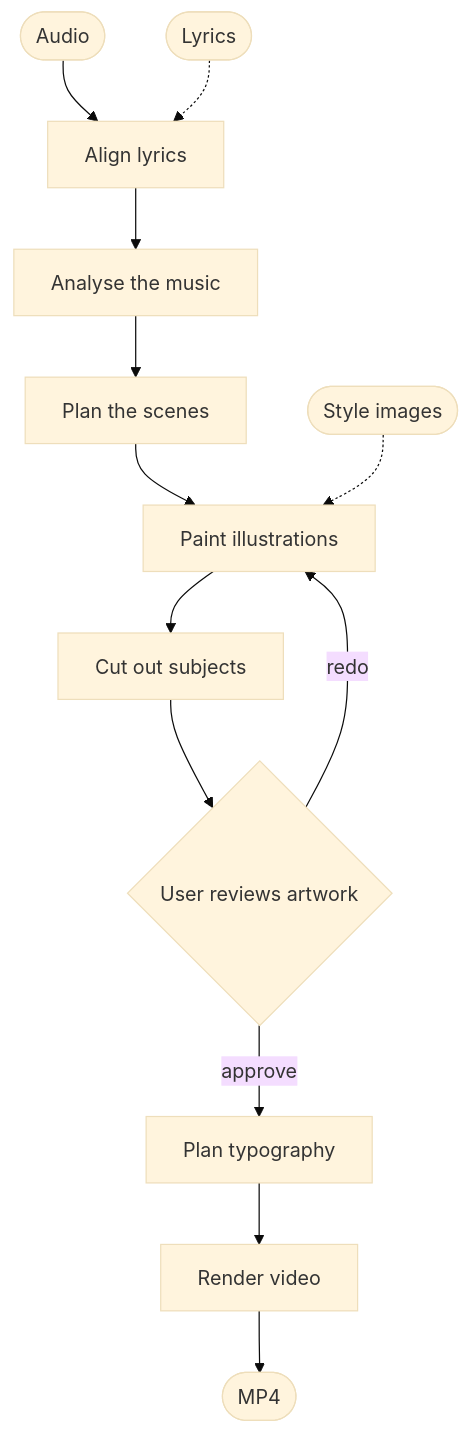
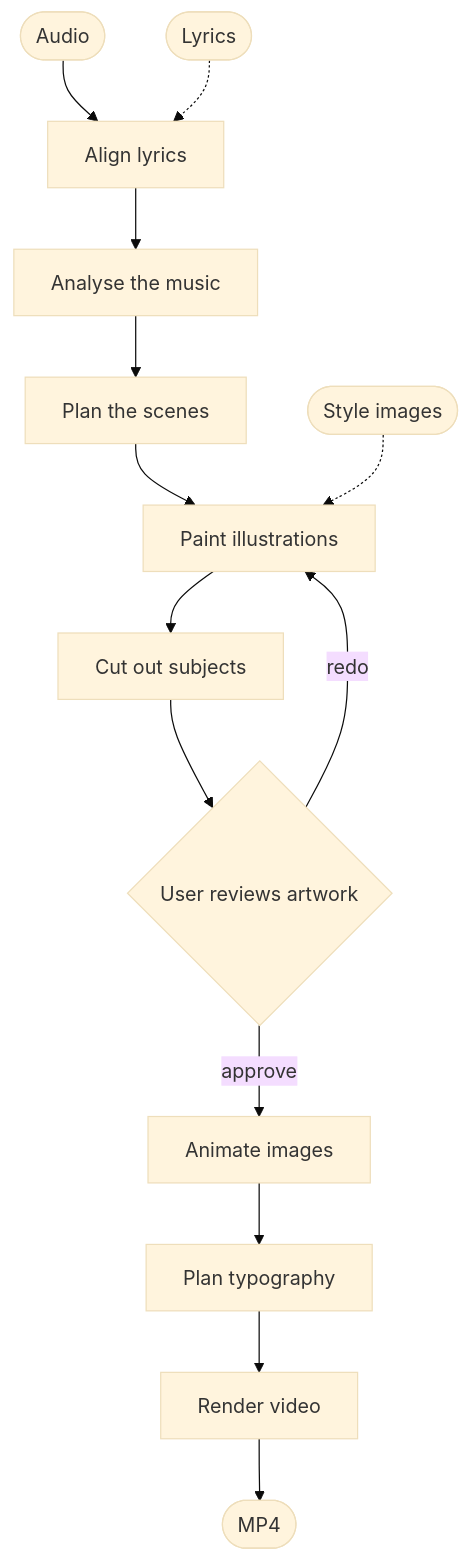
The first of 4 diagrams in README.md (joncastillo/Kinetic_Lyrics), drawn with Mermaid (base theme) before and after one commit. The commit also changed other lines of this file and 20 other files, not shown here.

````diff
--- a/README.md
+++ b/README.md
@@ -14,15 +14,16 @@
 ```mermaid
 flowchart TD
     A([Audio]) --> B[Align lyrics]
     L([Lyrics]) -.-> B
     B --> C[Analyse the music]
     C --> D[Plan the scenes]
     D --> E[Paint illustrations]
     S([Style images]) -.-> E
     E --> F[Cut out subjects]
     F --> G{User reviews artwork}
     G -- redo --> E
-    G -- approve --> H[Plan typography]
+    G -- approve --> K[Animate images]
+    K --> H[Plan typography]
     H --> I[Render video]
     I --> V([MP4])
 ```
````
